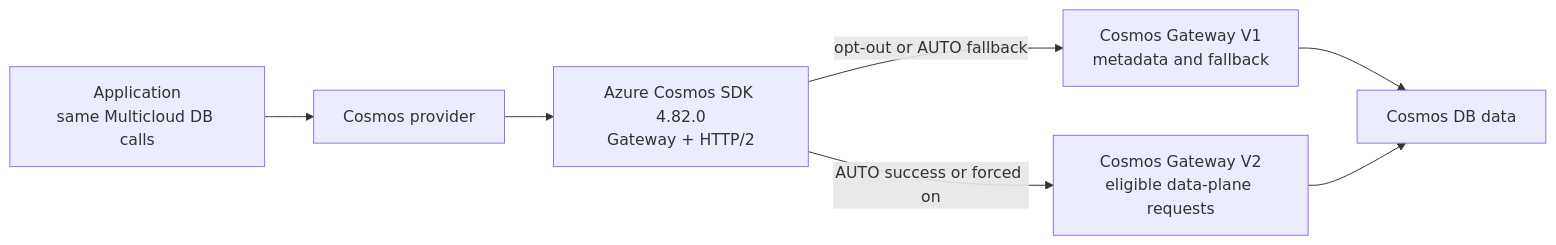
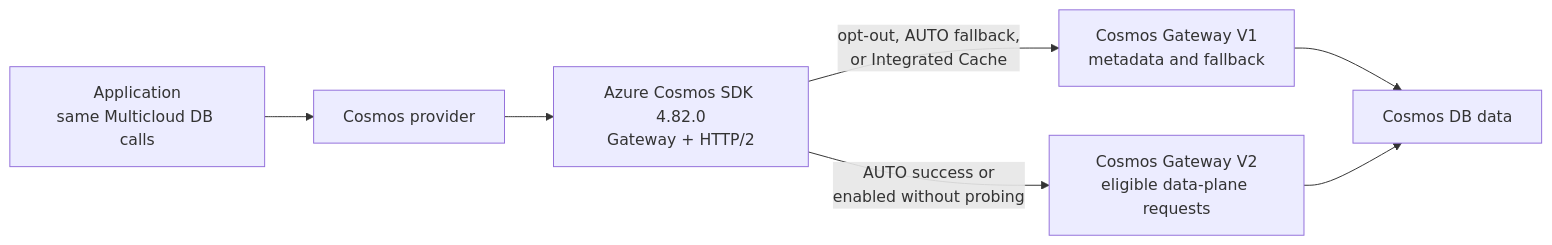
The second of 4 diagrams in specs/feat/cosmos-gateway-defaults/design.md (allenkim0129/multiclouddb-sdk-for-java), drawn with Mermaid before and after one commit. The commit also changed other lines of this file and 15 other files, not shown here.

````diff
--- a/specs/feat/cosmos-gateway-defaults/design.md
+++ b/specs/feat/cosmos-gateway-defaults/design.md
@@ -99,16 +103,16 @@
 ```mermaid
 flowchart LR
     App["Application<br/>same Multicloud DB calls"]
     Provider["Cosmos provider"]
     SDK["Azure Cosmos SDK 4.82.0<br/>Gateway + HTTP/2"]
     V1["Cosmos Gateway V1<br/>metadata and fallback"]
     V2["Cosmos Gateway V2<br/>eligible data-plane requests"]
     Data["Cosmos DB data"]
 
     App --> Provider
     Provider --> SDK
-    SDK -->|"opt-out or AUTO fallback"| V1
-    SDK -->|"AUTO success or forced on"| V2
+    SDK -->|"opt-out, AUTO fallback,<br/>or Integrated Cache"| V1
+    SDK -->|"AUTO success or<br/>enabled without probing"| V2
     V1 --> Data
     V2 --> Data
 ```
````
